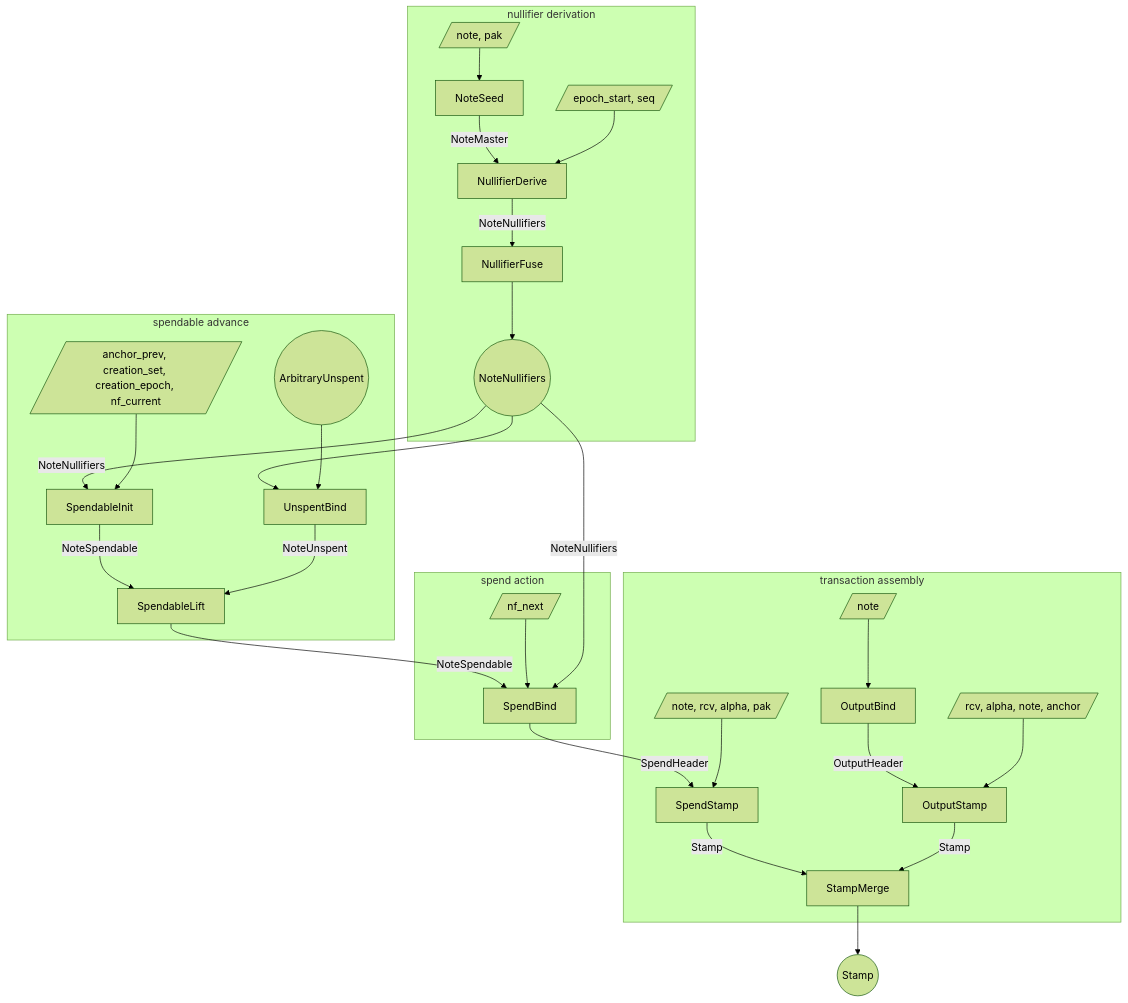
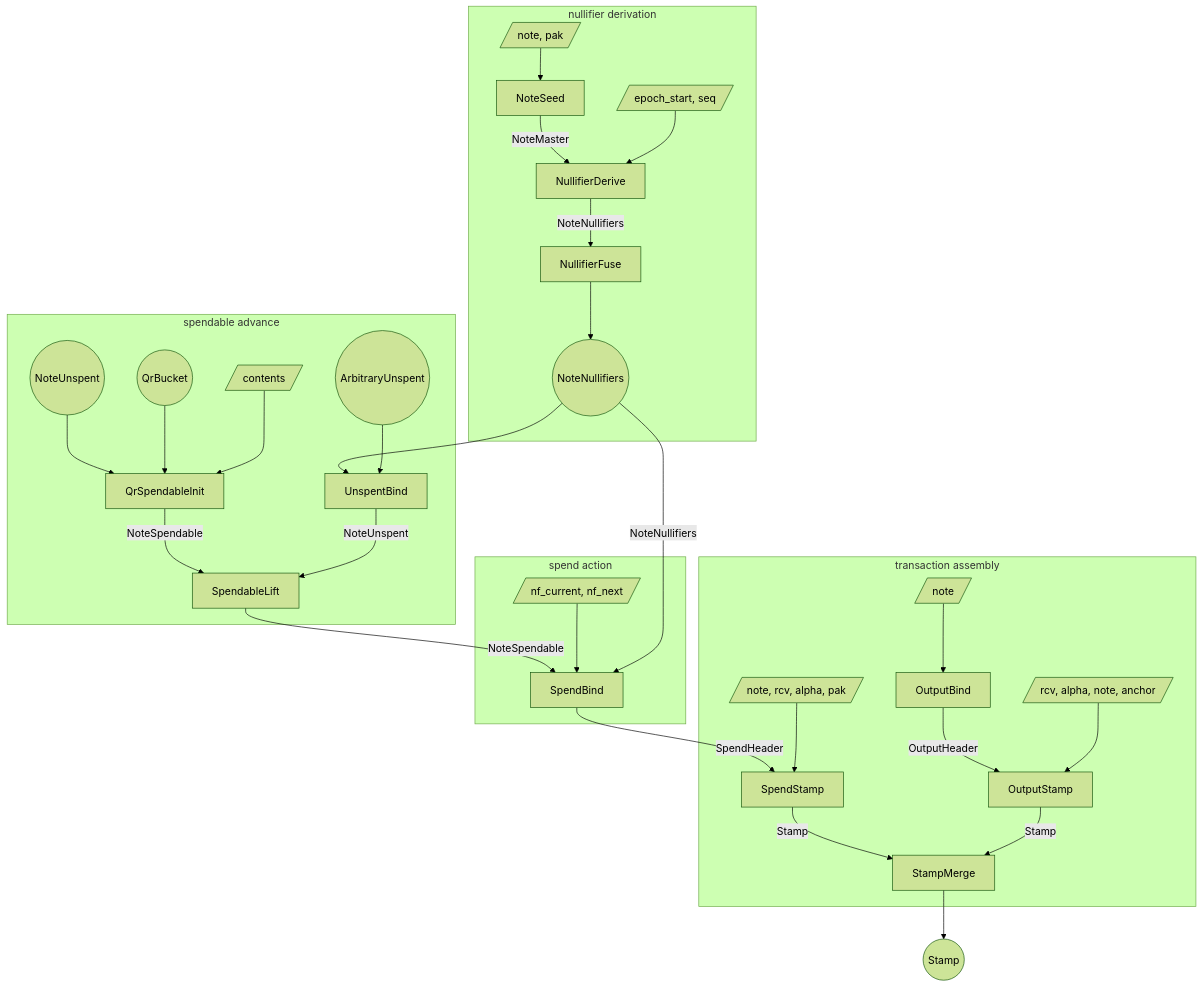
Before and after one commit to alxiong/tachyon: the first of 3 diagrams in book/src/proof-tree.md, drawn with Mermaid (forest theme). The commit also changed other lines of this file and 19 other files, not shown here.

````diff
--- a/book/src/proof-tree.md
+++ b/book/src/proof-tree.md
@@ -307,62 +291,65 @@
 ```mermaid
 flowchart TB
   subgraph derive [nullifier derivation]
     w_seed[/note, pak/]
     s_seed[NoteSeed]
     w_window[/epoch_start, seq/]
     s_window[NullifierDerive]
     s_dfuse[NullifierFuse]
     nf_range((NoteNullifiers))
   end
 
   subgraph spendable [spendable advance]
-    w_init[/anchor_prev, creation_set, creation_epoch, nf_current/]
-    s_init[SpendableInit]
+    bucket_in((QrBucket))
+    creation_in((NoteUnspent))
+    w_init[/contents/]
+    s_init[QrSpendableInit]
     unspent_in((ArbitraryUnspent))
     s_unspentbind[UnspentBind]
     s_lift[SpendableLift]
   end
 
   subgraph spend_stamp [spend action]
-    w_bind[/nf_next/]
+    w_bind[/nf_current, nf_next/]
     s_bind[SpendBind]
   end
 
   subgraph merge [transaction assembly]
     w_stamp[/note, rcv, alpha, pak/]
     s_spendstamp[SpendStamp]
     w_outbind[/note/]
     s_outbind[OutputBind]
     w_output[/rcv, alpha, note, anchor/]
     s_output[OutputStamp]
     s_merge[StampMerge]
   end
 
   stamp_out((Stamp))
 
   w_seed --> s_seed
   s_seed -->|NoteMaster| s_window
   w_window --> s_window
   s_window -->|NoteNullifiers| s_dfuse
   s_dfuse --> nf_range
 
-  nf_range -->|NoteNullifiers| s_init
+  creation_in --> s_init
+  bucket_in --> s_init
   w_init --> s_init
   nf_range --> s_unspentbind
   unspent_in --> s_unspentbind
   s_init -->|NoteSpendable| s_lift
   s_unspentbind -->|NoteUnspent| s_lift
   s_lift -->|NoteSpendable| s_bind
 
   w_bind --> s_bind
   nf_range -->|NoteNullifiers| s_bind
   s_bind -->|SpendHeader| s_spendstamp
   w_stamp --> s_spendstamp
 
   w_outbind --> s_outbind
   s_outbind -->|OutputHeader| s_output
   w_output --> s_output
   s_spendstamp -->|Stamp| s_merge
   s_output -->|Stamp| s_merge
   s_merge --> stamp_out
 ```
````
